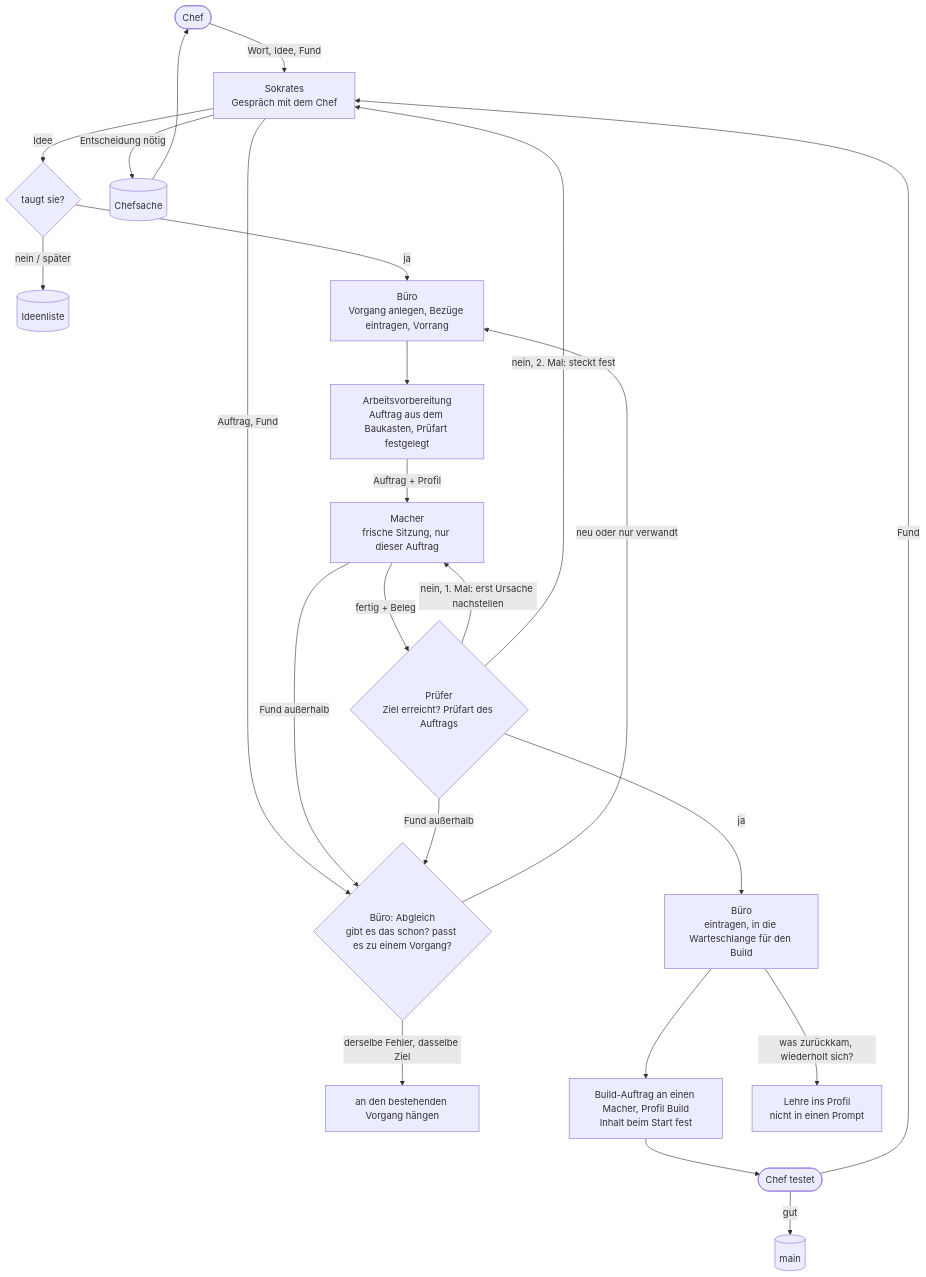
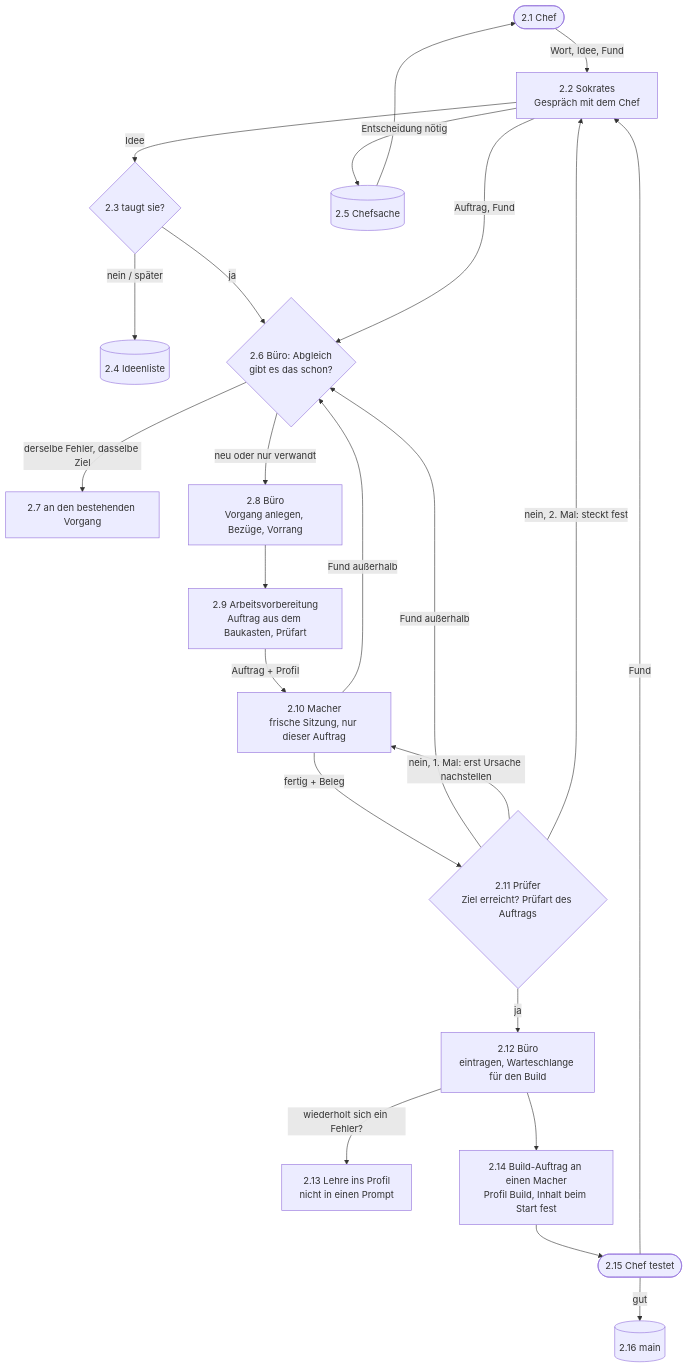
One commit to tramour-cmyk/androidapp_rpg_bornim changed the diagram in docs/entwurf/1727-grobablauf.md. Above: the diagram before and after it, drawn with Mermaid. The commit also changed other lines of this file, not shown here.

First line of the commit message:
Sokrates: 1727 durchnummeriert, Sockel 0,5 KB, Größe geprüft (Chef 09:33)

````diff
--- a/docs/entwurf/1727-grobablauf.md
+++ b/docs/entwurf/1727-grobablauf.md
@@ -13,24 +13,24 @@
 ```mermaid
 flowchart TD
-    C([Chef]) -->|Wort, Idee, Fund| S[Sokrates<br/>Gespräch mit dem Chef]
-    S -->|Idee| I{taugt sie?}
-    I -->|nein / später| IL[(Ideenliste)]
-    I -->|ja| V
-    S -->|Auftrag, Fund| AB{Büro: Abgleich<br/>gibt es das schon? passt es zu einem Vorgang?}
-    AB -->|derselbe Fehler, dasselbe Ziel| ALT[an den bestehenden Vorgang hängen]
-    AB -->|neu oder nur verwandt| V[Büro<br/>Vorgang anlegen, Bezüge eintragen, Vorrang]
-    S -->|Entscheidung nötig| CS[(Chefsache)] --> C
-    V --> A[Arbeitsvorbereitung<br/>Auftrag aus dem Baukasten, Prüfart festgelegt]
-    A -->|Auftrag + Profil| M[Macher<br/>frische Sitzung, nur dieser Auftrag]
-    M -->|fertig + Beleg| P{Prüfer<br/>Ziel erreicht? Prüfart des Auftrags}
+    C([2.1 Chef]) -->|Wort, Idee, Fund| S[2.2 Sokrates<br/>Gespräch mit dem Chef]
+    S -->|Idee| I{2.3 taugt sie?}
+    I -->|nein / später| IL[(2.4 Ideenliste)]
+    I -->|ja| AB
+    S -->|Entscheidung nötig| CS[(2.5 Chefsache)] --> C
+    S -->|Auftrag, Fund| AB{2.6 Büro: Abgleich<br/>gibt es das schon?}
+    AB -->|derselbe Fehler, dasselbe Ziel| ALT[2.7 an den bestehenden Vorgang]
+    AB -->|neu oder nur verwandt| V[2.8 Büro<br/>Vorgang anlegen, Bezüge, Vorrang]
+    V --> A[2.9 Arbeitsvorbereitung<br/>Auftrag aus dem Baukasten, Prüfart]
+    A -->|Auftrag + Profil| M[2.10 Macher<br/>frische Sitzung, nur dieser Auftrag]
     M -->|Fund außerhalb| AB
+    M -->|fertig + Beleg| P{2.11 Prüfer<br/>Ziel erreicht? Prüfart des Auftrags}
     P -->|Fund außerhalb| AB
     P -->|nein, 1. Mal: erst Ursache nachstellen| M
     P -->|nein, 2. Mal: steckt fest| S
-    P -->|ja| B[Büro<br/>eintragen, in die Warteschlange für den Build]
-    B --> BA[Build-Auftrag an einen Macher, Profil Build<br/>Inhalt beim Start fest]
-    BA --> T([Chef testet])
-    T -->|gut| MAIN[(main)]
+    P -->|ja| B[2.12 Büro<br/>eintragen, Warteschlange für den Build]
+    B -->|wiederholt sich ein Fehler?| L[2.13 Lehre ins Profil<br/>nicht in einen Prompt]
+    B --> BA[2.14 Build-Auftrag an einen Macher<br/>Profil Build, Inhalt beim Start fest]
+    BA --> T([2.15 Chef testet])
+    T -->|gut| MAIN[(2.16 main)]
     T -->|Fund| S
-    B -->|was zurückkam, wiederholt sich?| L[Lehre ins Profil<br/>nicht in einen Prompt]
 ```
````
